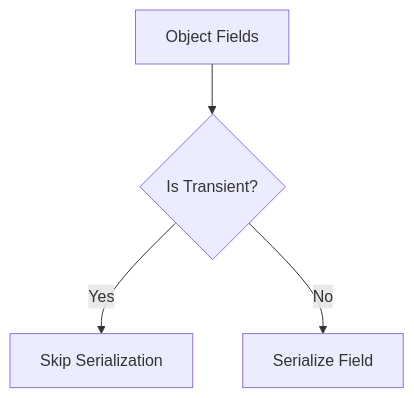
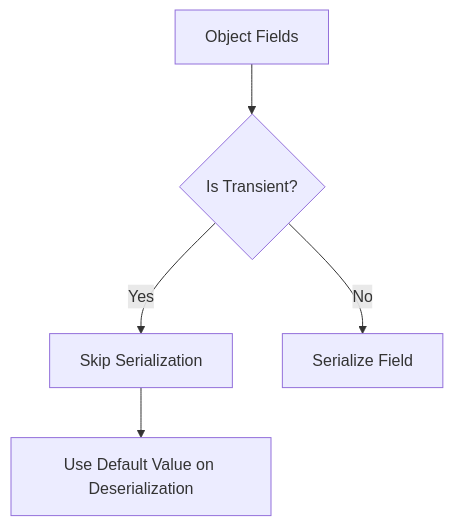
One commit to DanielCreggOrganization/w9-lab-serialization-zainabajiboye changed the fourth of 6 diagrams in README.md. Above: the diagram before and after it, drawn with Mermaid. The commit also changed other lines of this file, not shown here.

````diff
--- a/README.md
+++ b/README.md
@@ -159,6 +385,7 @@
 ```mermaid
 graph TD
     A[Object Fields] --> B{Is Transient?}
     B -->|Yes| C[Skip Serialization]
     B -->|No| D[Serialize Field]
+    C --> E[Use Default Value on Deserialization]
 ```
````
